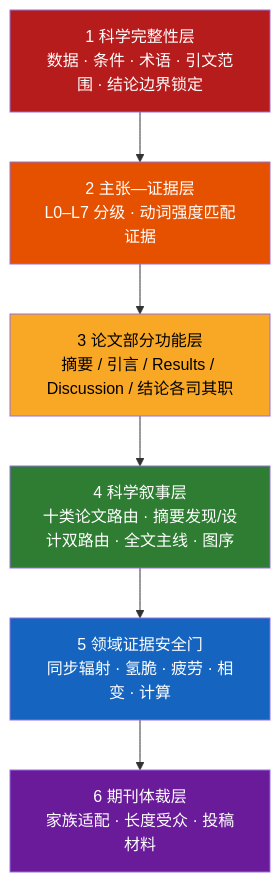
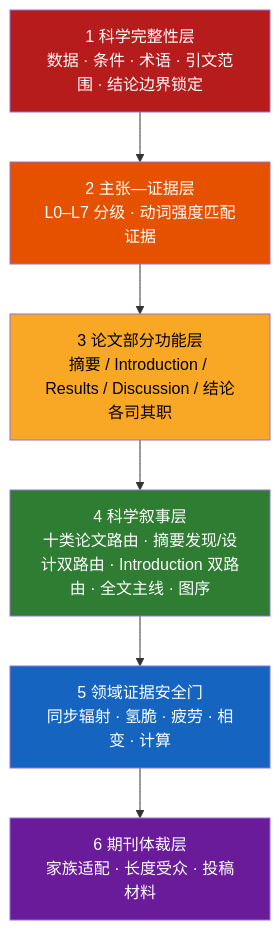
Before and after one commit to D-sudoasd/Metal-Paper-Polisher: the diagram in README.md, drawn with Mermaid. The commit also changed other lines of this file, not shown here.

Commit message:
Document the introduction specialist workflow

````diff
--- a/README.md
+++ b/README.md
@@ -231,14 +332,14 @@
 ```mermaid
 flowchart TD
     A["1 科学完整性层<br/>数据 · 条件 · 术语 · 引文范围 · 结论边界锁定"] --> B["2 主张—证据层<br/>L0–L7 分级 · 动词强度匹配证据"]
-    B --> C["3 论文部分功能层<br/>摘要 / 引言 / Results / Discussion / 结论各司其职"]
-    C --> D["4 科学叙事层<br/>十类论文路由 · 摘要发现/设计双路由 · 全文主线 · 图序"]
+    B --> C["3 论文部分功能层<br/>摘要 / Introduction / Results / Discussion / 结论各司其职"]
+    C --> D["4 科学叙事层<br/>十类论文路由 · 摘要发现/设计双路由 · Introduction 双路由 · 全文主线 · 图序"]
     D --> E["5 领域证据安全门<br/>同步辐射 · 氢脆 · 疲劳 · 相变 · 计算"]
     E --> F["6 期刊体裁层<br/>家族适配 · 长度受众 · 投稿材料"]
     style A fill:#b71c1c,color:#fff
     style B fill:#e65100,color:#fff
     style C fill:#f9a825,color:#000
     style D fill:#2e7d32,color:#fff
     style E fill:#1565c0,color:#fff
     style F fill:#6a1b9a,color:#fff
 ```
````
